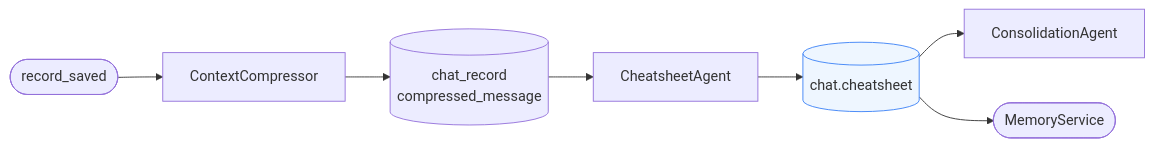
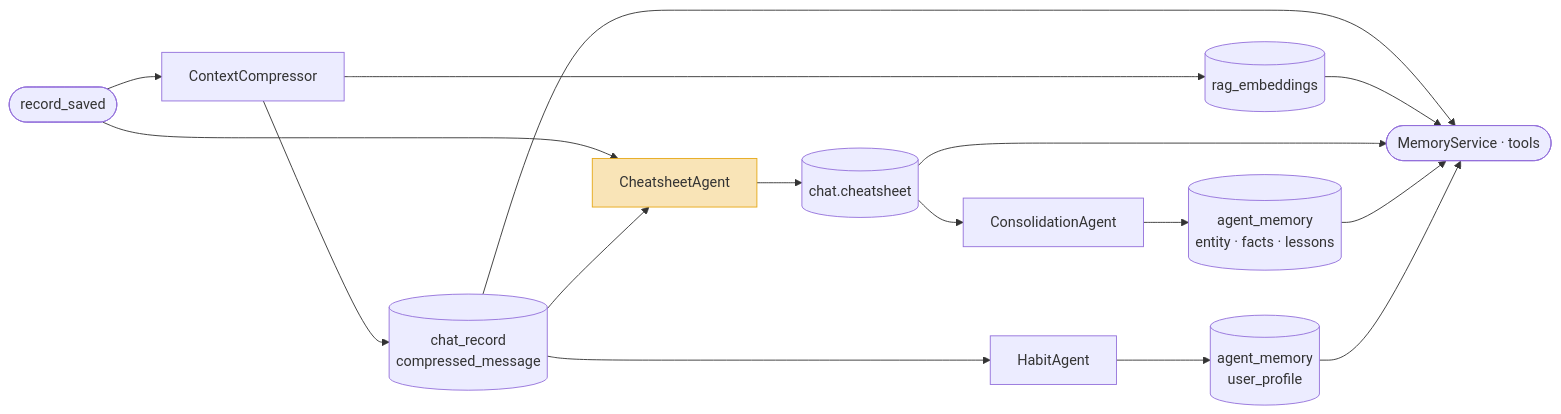
One commit to wiedersehne/Ida-arch changed the first of 3 diagrams in memory/cheatsheet.md. Above: the diagram before and after it, drawn with Mermaid. The commit also changed other lines of this file, not shown here.

````diff
--- a/memory/cheatsheet.md
+++ b/memory/cheatsheet.md
@@ -19,19 +19,28 @@
 ```mermaid
 flowchart LR
     RS(["record_saved"])
+
     CC["ContextCompressor"]
+    CSA["CheatsheetAgent"]
+    CONS["ConsolidationAgent"]
+    HA["HabitAgent"]
+
     CR[("chat_record\ncompressed_message")]
-    CSA["CheatsheetAgent"]
+    RAG[("rag_embeddings")]
     CS[("chat.cheatsheet")]
-    CONS["ConsolidationAgent"]
-    MS(["MemoryService"])
+    AM[("agent_memory\nentity · facts · lessons")]
+    UP[("agent_memory\nuser_profile")]
 
-    RS --> CC
-    CC --> CR
-    CR --> CSA
+    MS(["MemoryService · tools"])
+
+    RS --> CC & CSA
+    CC --> CR & RAG
+    CR --> CSA & HA
     CSA --> CS
     CS --> CONS
-    CS --> MS
+    CONS --> AM
+    HA --> UP
+    CR & RAG & CS & AM & UP --> MS
 
-    style CS fill:#eef6ff,stroke:#3b82f6
+    style CSA fill:#f9e4b7,stroke:#e6a817
 ```
````
